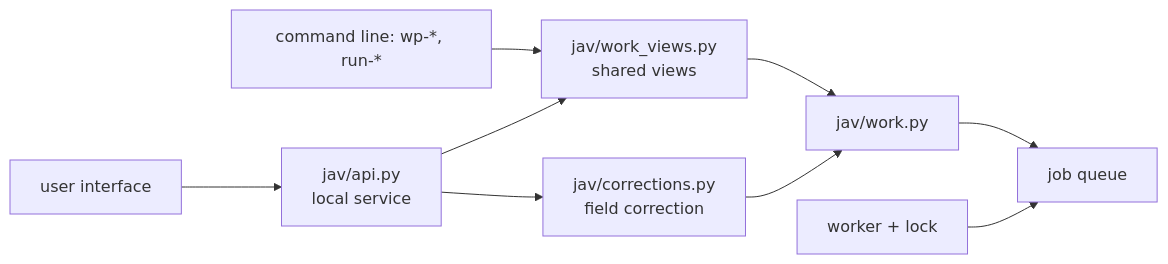
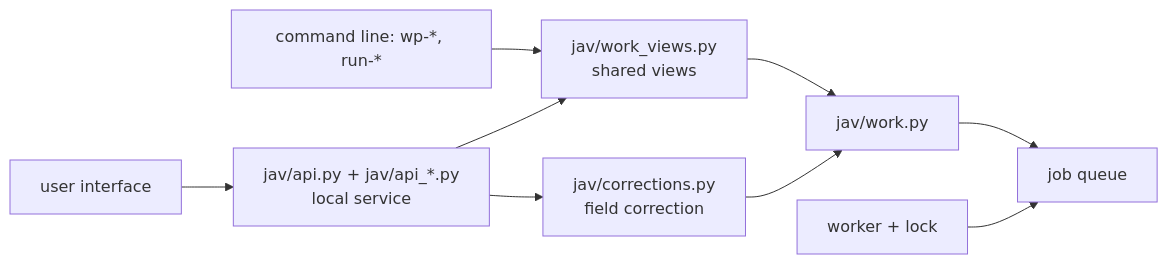
The second of 4 diagrams in docs/ARCHITECTURE.md (kassaiattila/58_JEV_AI), drawn with Mermaid before and after one commit. The commit also changed other lines of this file and 15 other files, not shown here.

````diff
--- a/docs/ARCHITECTURE.md
+++ b/docs/ARCHITECTURE.md
@@ -266,11 +266,11 @@
 ```mermaid
 flowchart LR
-  UI["user interface"] --> API[jav/api.py<br/>local service]
+  UI["user interface"] --> API[jav/api.py + jav/api_*.py<br/>local service]
   CLI[command line: wp-*, run-*] --> VIEWS
   API --> VIEWS[jav/work_views.py<br/>shared views]
   API --> CORR[jav/corrections.py<br/>field correction]
   VIEWS --> WORK[jav/work.py]
   CORR --> WORK
   WORK --> Q[job queue]
   W[worker + lock] --> Q
 ```
````
